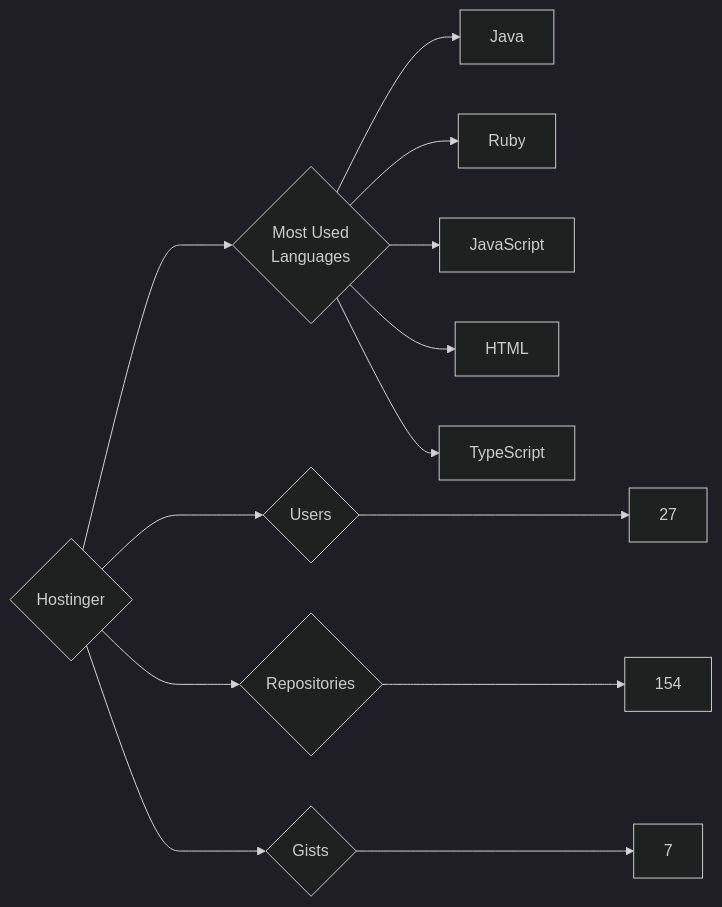
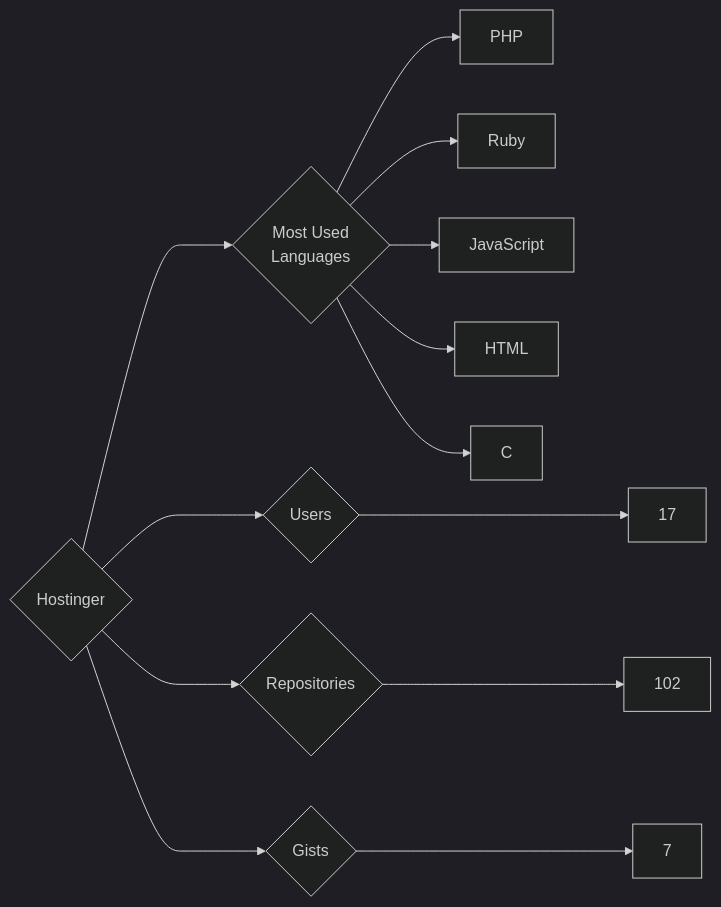
Before and after one commit to trickest/insiders: the diagram in targets/Hostinger/README.md, drawn with Mermaid (dark theme). The commit also changed 1084 other files, not shown here.

````diff
--- a/targets/Hostinger/README.md
+++ b/targets/Hostinger/README.md
@@ -3,13 +3,13 @@
 ```mermaid
 graph LR
 COMPANY_NAME{Hostinger}
-COMPANY_NAME ---> U{Users} ---> UN[27]
-COMPANY_NAME ---> R{Repositories} ---> RN[154]
+COMPANY_NAME ---> U{Users} ---> UN[17]
+COMPANY_NAME ---> R{Repositories} ---> RN[102]
 COMPANY_NAME ---> G{Gists} ---> GN[7]
 COMPANY_NAME ---> ML{Most Used<br>Languages}
-ML --> Java[Java]
+ML --> PHP[PHP]
 ML --> Ruby[Ruby]
 ML --> JavaScript[JavaScript]
 ML --> HTML[HTML]
-ML --> TypeScript[TypeScript]
+ML --> C[C]
 ```
````
